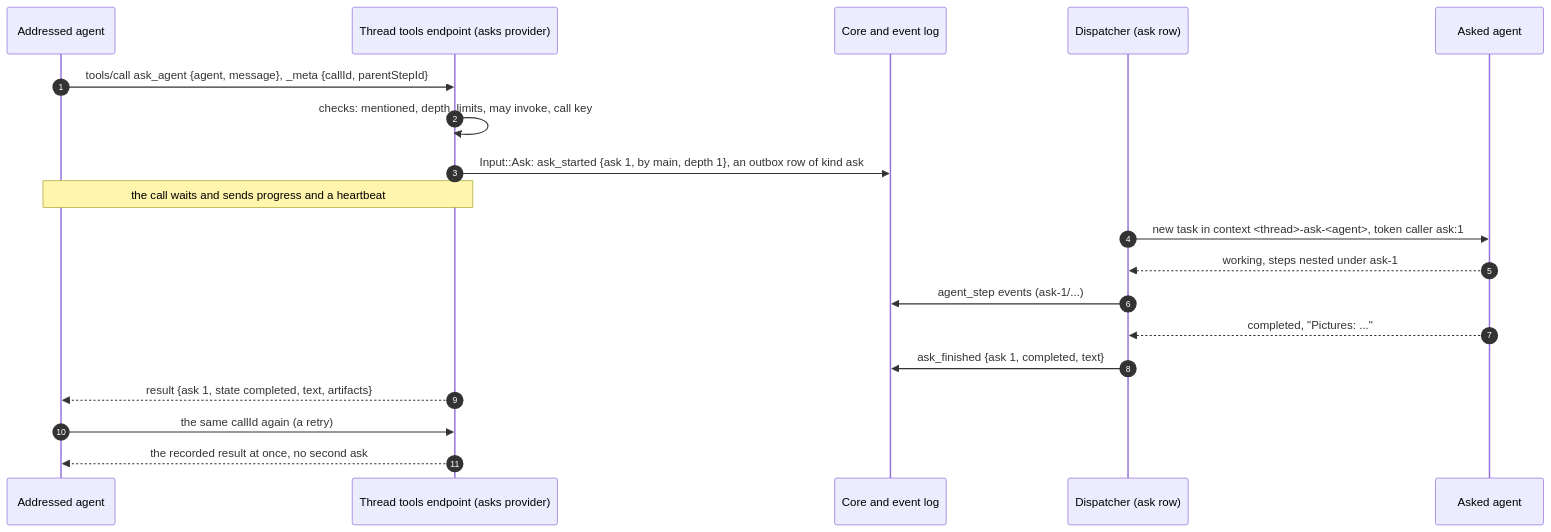
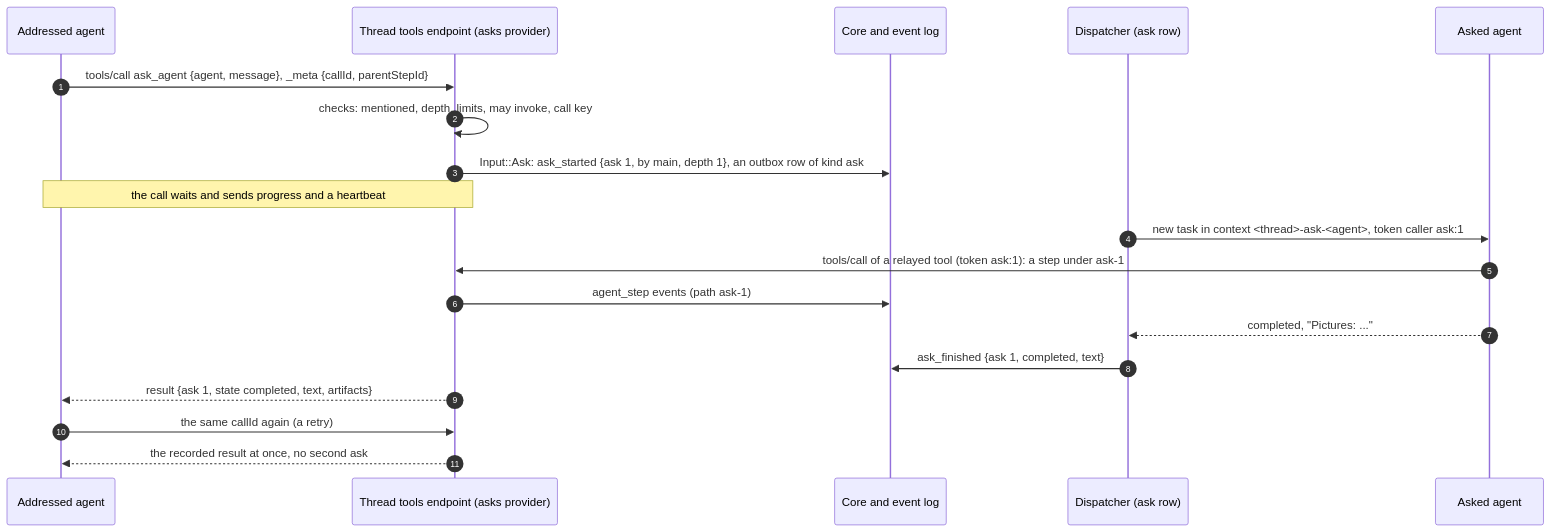
Before and after one commit to vymalo/another-agentic-system: the fifth of 6 diagrams in docs/api/thread-tools-v1.md, drawn with Mermaid. The commit also changed other lines of this file and 73 other files, not shown here.

First line of the commit message:
feat(thread-tools): ask_agent, the addressed agent asks a mentioned agent (#132)

````diff
--- a/docs/api/thread-tools-v1.md
+++ b/docs/api/thread-tools-v1.md
@@ -748,22 +781,22 @@
 ```mermaid
 sequenceDiagram
   autonumber
   participant A as Addressed agent
   participant E as Thread tools endpoint (asks provider)
   participant C as Core and event log
   participant D as Dispatcher (ask row)
   participant B as Asked agent
 
   A->>E: tools/call ask_agent {agent, message}, _meta {callId, parentStepId}
   E->>E: checks: mentioned, depth, limits, may invoke, call key
   E->>C: Input::Ask: ask_started {ask 1, by main, depth 1}, an outbox row of kind ask
   Note over E,A: the call waits and sends progress and a heartbeat
   D->>B: new task in context <thread>-ask-<agent>, token caller ask:1
-  B-->>D: working, steps nested under ask-1
-  D->>C: agent_step events (ask-1/...)
+  B->>E: tools/call of a relayed tool (token ask:1): a step under ask-1
+  E->>C: agent_step events (path ask-1)
   B-->>D: completed, "Pictures: ..."
   D->>C: ask_finished {ask 1, completed, text}
   E-->>A: result {ask 1, state completed, text, artifacts}
   A->>E: the same callId again (a retry)
   E-->>A: the recorded result at once, no second ask
 ```
````
